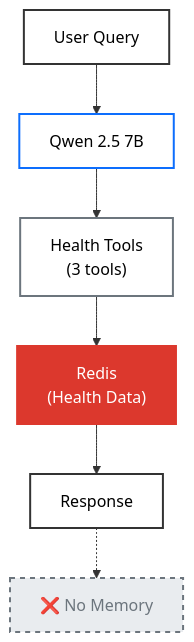
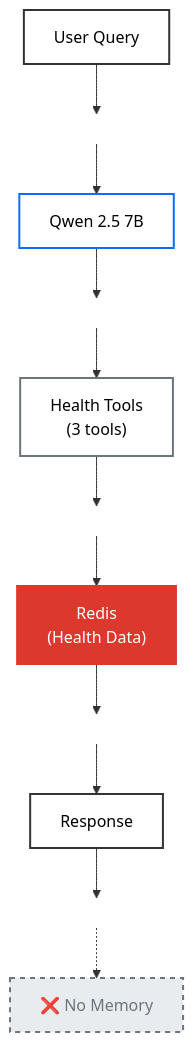
Before and after one commit to AllieRays/redis-wellness: the first of 2 diagrams in README.md, drawn with Mermaid. The commit also changed other lines of this file, not shown here.

````diff
--- a/README.md
+++ b/README.md
@@ -89,22 +89,33 @@
 ```mermaid
 flowchart TD
     S1["User Query"]:::query
-    S2["Qwen 2.5 7B"]:::llm
-    S3["Health Tools<br/>(3 tools)"]:::tool
-    S4["Redis<br/>(Health Data)"]:::redis
-    S5["Response"]:::response
-    S6["❌ No Memory"]:::nomemory
+    S2[" "]:::spacer
+    S3["Qwen 2.5 7B"]:::llm
+    S4[" "]:::spacer
+    S5["Health Tools<br/>(3 tools)"]:::tool
+    S6[" "]:::spacer
+    S7["Redis<br/>(Health Data)"]:::redis
+    S8[" "]:::spacer
+    S9["Response"]:::response
+    S10[" "]:::spacer
+    S11["❌ No Memory"]:::nomemory
 
     S1 --> S2
     S2 --> S3
     S3 --> S4
     S4 --> S5
-    S5 -.-> S6
+    S5 --> S6
+    S6 --> S7
+    S7 --> S8
+    S8 --> S9
+    S9 --> S10
+    S10 -.-> S11
 
     classDef query fill:#fff,stroke:#333,stroke-width:2px,color:#000
     classDef llm fill:#fff,stroke:#0d6efd,stroke-width:2px,color:#000
     classDef tool fill:#fff,stroke:#6c757d,stroke-width:2px,color:#000
     classDef redis fill:#dc382d,stroke:#dc382d,stroke-width:2px,color:#fff
     classDef response fill:#fff,stroke:#333,stroke-width:2px,color:#000
     classDef nomemory fill:#e9ecef,stroke:#6c757d,stroke-width:2px,stroke-dasharray: 5 5,color:#6c757d
+    classDef spacer fill:none,stroke:none,color:transparent
 ```
````
